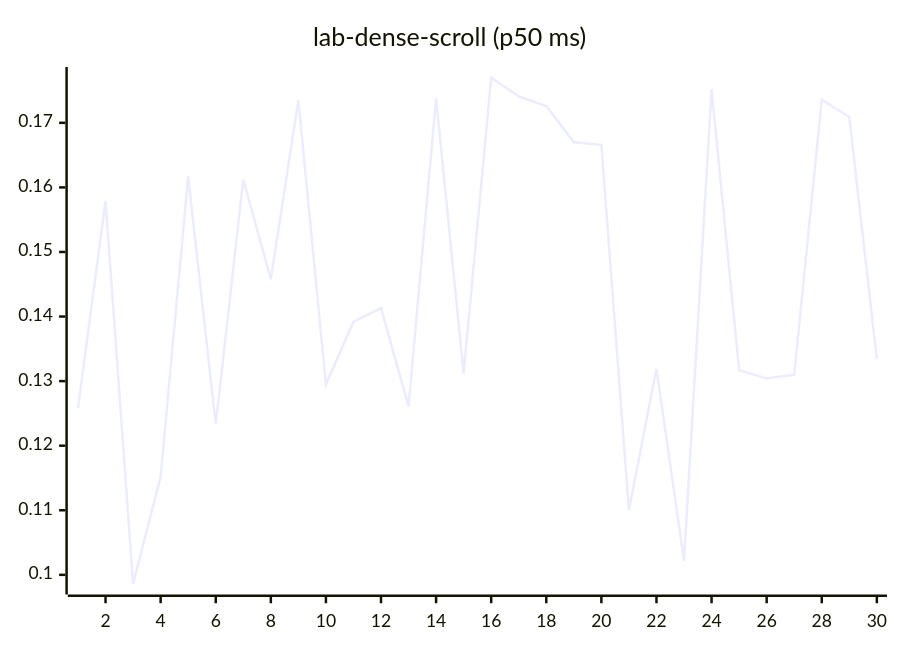
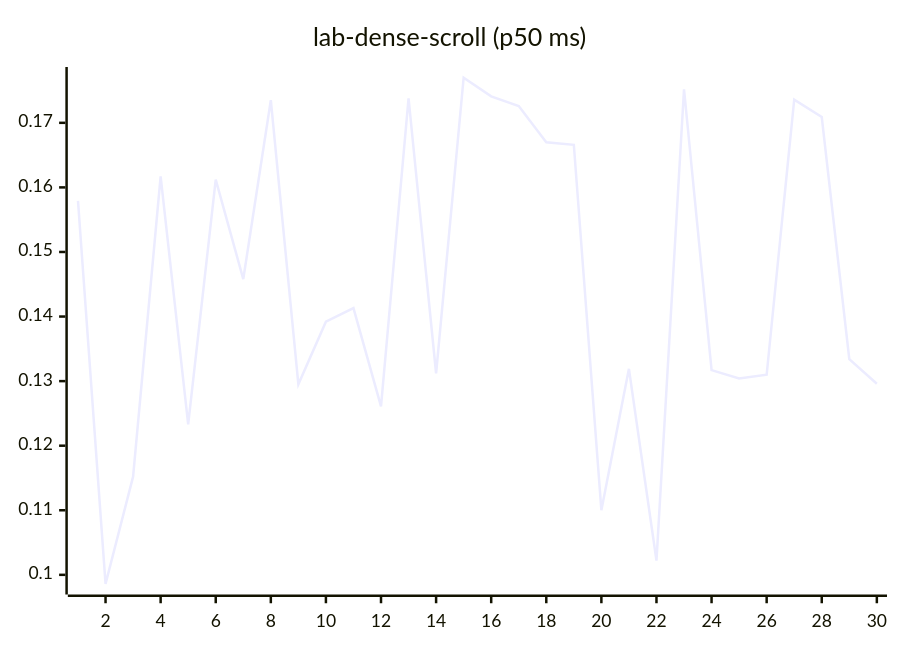
Diagram 12 of 27 in README.md (josha/Facet), drawn with Mermaid before and after one commit. The commit also changed other lines of this file and 2 other files, not shown here.

````diff
--- a/README.md
+++ b/README.md
@@ -140,6 +140,6 @@
 ```mermaid
 xychart-beta
     title "lab-dense-scroll (p50 ms)"
     x-axis 1 --> 30
-    line [0.1258, 0.1579, 0.0986, 0.1152, 0.1617, 0.1233, 0.1612, 0.1458, 0.1735, 0.1295, 0.1392, 0.1413, 0.1261, 0.1738, 0.1312, 0.1770, 0.1741, 0.1726, 0.1670, 0.1666, 0.1100, 0.1319, 0.1022, 0.1752, 0.1317, 0.1304, 0.1310, 0.1736, 0.1709, 0.1334]
+    line [0.1579, 0.0986, 0.1152, 0.1617, 0.1233, 0.1612, 0.1458, 0.1735, 0.1295, 0.1392, 0.1413, 0.1261, 0.1738, 0.1312, 0.1770, 0.1741, 0.1726, 0.1670, 0.1666, 0.1100, 0.1319, 0.1022, 0.1752, 0.1317, 0.1304, 0.1310, 0.1736, 0.1709, 0.1334, 0.1296]
 ```
````
